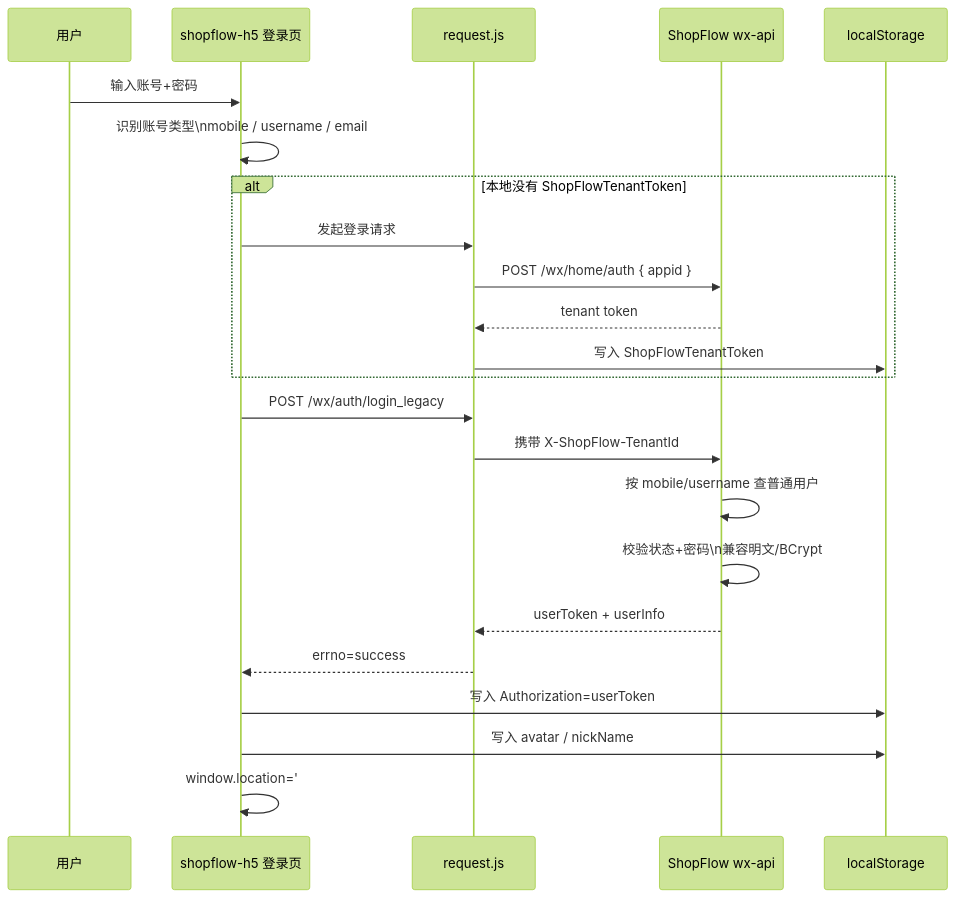
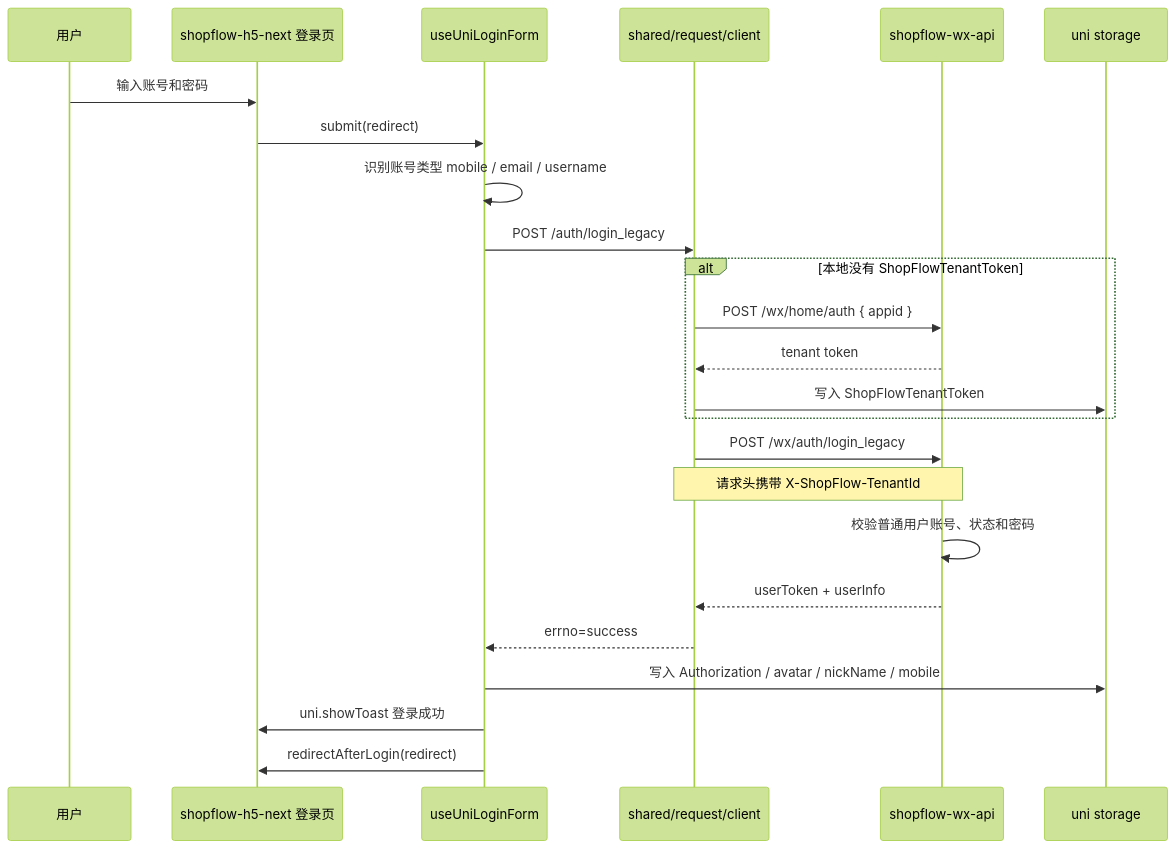
Before and after one commit to XiaoLu-lin/shopFlow: the third of 3 diagrams in README.md, drawn with Mermaid (forest theme). The commit also changed other lines of this file, not shown here.

````diff
--- a/README.md
+++ b/README.md
@@ -146,29 +249,29 @@
 ```mermaid
 sequenceDiagram
     participant U as 用户
-    participant H5 as shopflow-h5 登录页
-    participant Req as request.js
-    participant WX as ShopFlow wx-api
-    participant LS as localStorage
+    participant Login as shopflow-h5-next 登录页
+    participant Form as useUniLoginForm
+    participant Client as shared/request/client
+    participant WX as shopflow-wx-api
+    participant Store as uni storage
 
-    U->>H5: 输入账号+密码
-    H5->>H5: 识别账号类型\nmobile / username / email
+    U->>Login: 输入账号和密码
+    Login->>Form: submit(redirect)
+    Form->>Form: 识别账号类型 mobile / email / username
+    Form->>Client: POST /auth/login_legacy
 
     alt 本地没有 ShopFlowTenantToken
-        H5->>Req: 发起登录请求
-        Req->>WX: POST /wx/home/auth { appid }
-        WX-->>Req: tenant token
-        Req->>LS: 写入 ShopFlowTenantToken
+        Client->>WX: POST /wx/home/auth { appid }
+        WX-->>Client: tenant token
+        Client->>Store: 写入 ShopFlowTenantToken
     end
 
-    H5->>Req: POST /wx/auth/login_legacy
-    Req->>WX: 携带 X-ShopFlow-TenantId
-    WX->>WX: 按 mobile/username 查普通用户
-    WX->>WX: 校验状态+密码\n兼容明文/BCrypt
-    WX-->>Req: userToken + userInfo
-    Req-->>H5: errno=success
-
-    H5->>LS: 写入 Authorization=userToken
-    H5->>LS: 写入 avatar / nickName
-    H5->>H5: window.location='#/user/'
+    Client->>WX: POST /wx/auth/login_legacy
+    Note over Client,WX: 请求头携带 X-ShopFlow-TenantId
+    WX->>WX: 校验普通用户账号、状态和密码
+    WX-->>Client: userToken + userInfo
+    Client-->>Form: errno=success
+    Form->>Store: 写入 Authorization / avatar / nickName / mobile
+    Form->>Login: uni.showToast 登录成功
+    Form->>Login: redirectAfterLogin(redirect)
 ```
````
